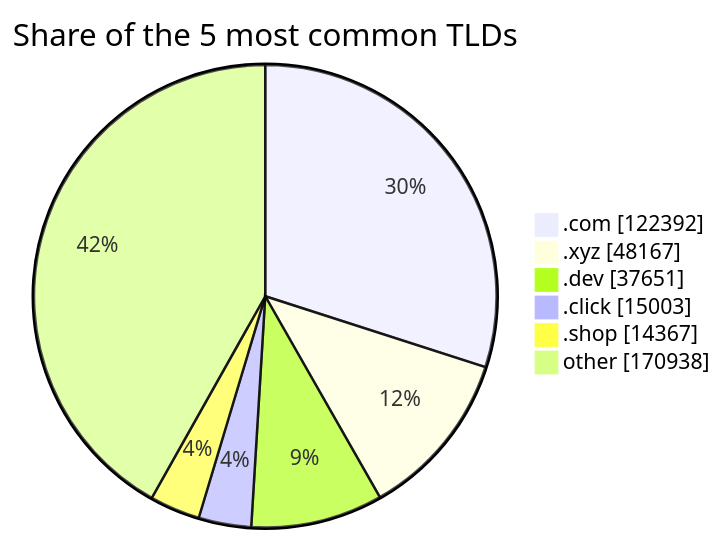
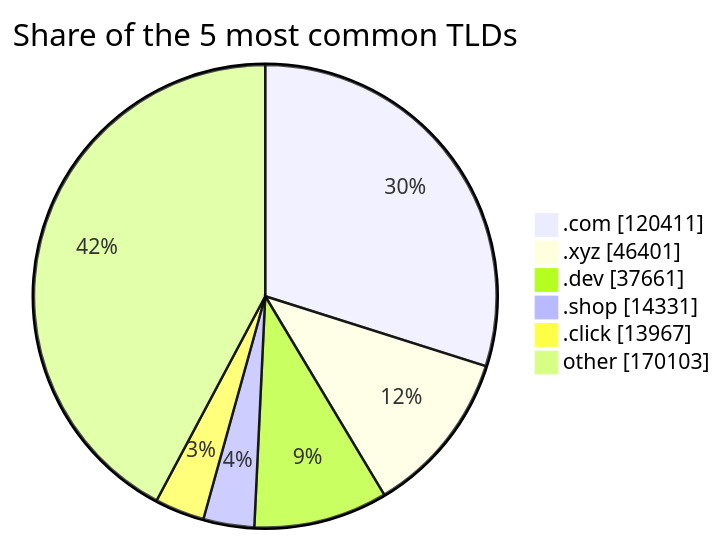
One commit to DNSBunker/CTI changed the third of 3 diagrams in README.md. Above: the diagram before and after it, drawn with Mermaid. The commit also changed other lines of this file and 3 other files, not shown here.

````diff
--- a/README.md
+++ b/README.md
@@ -81,9 +81,9 @@
 ```mermaid
 pie showData title Share of the 5 most common TLDs
-    ".com" : 122392
-    ".xyz" : 48167
-    ".dev" : 37651
-    ".click" : 15003
-    ".shop" : 14367
-    "other" : 170938
+    ".com" : 120411
+    ".xyz" : 46401
+    ".dev" : 37661
+    ".shop" : 14331
+    ".click" : 13967
+    "other" : 170103
 ```
````
